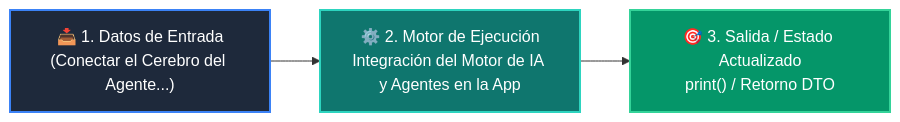
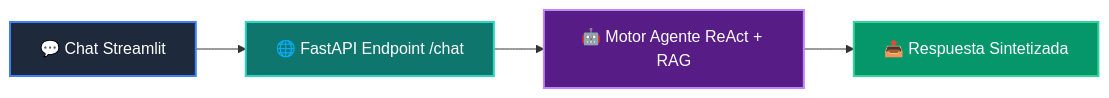
Before and after one commit to wisrovi/wisrovi-python: the diagram in docs/curso-04/clase-05.md, drawn with Mermaid. The commit also changed other lines of this file and 52 other files, not shown here.

````diff
--- a/docs/curso-04/clase-05.md
+++ b/docs/curso-04/clase-05.md
@@ -38,9 +37,10 @@
 ```mermaid
 flowchart LR
-    IN["📥 1. Datos de Entrada<br/>(Conectar el Cerebro del Agente...)"] --> ENG["⚙️ 2. Motor de Ejecución<br/>Integración del Motor de IA y Agentes en la App"]
-    ENG --> OUT["🎯 3. Salida / Estado Actualizado<br/>print() / Retorno DTO"]
-
-    style IN fill:#1e293b,color:#ffffff,stroke:#3b82f6,stroke-width:2px
-    style ENG fill:#0f766e,color:#ffffff,stroke:#2dd4bf,stroke-width:2px
-    style OUT fill:#059669,color:#ffffff,stroke:#34d399,stroke-width:2px
+    A["💬 Chat Streamlit"] --> B["🌐 FastAPI Endpoint /chat"]
+    B --> C["🤖 Motor Agente ReAct + RAG"]
+    C --> D["📤 Respuesta Sintetizada"]
+    style A fill:#1e293b,color:#ffffff,stroke:#3b82f6,stroke-width:2px
+    style B fill:#0f766e,color:#ffffff,stroke:#2dd4bf,stroke-width:2px
+    style C fill:#581c87,color:#ffffff,stroke:#c084fc,stroke-width:2px
+    style D fill:#059669,color:#ffffff,stroke:#34d399,stroke-width:2px
 ```
````
